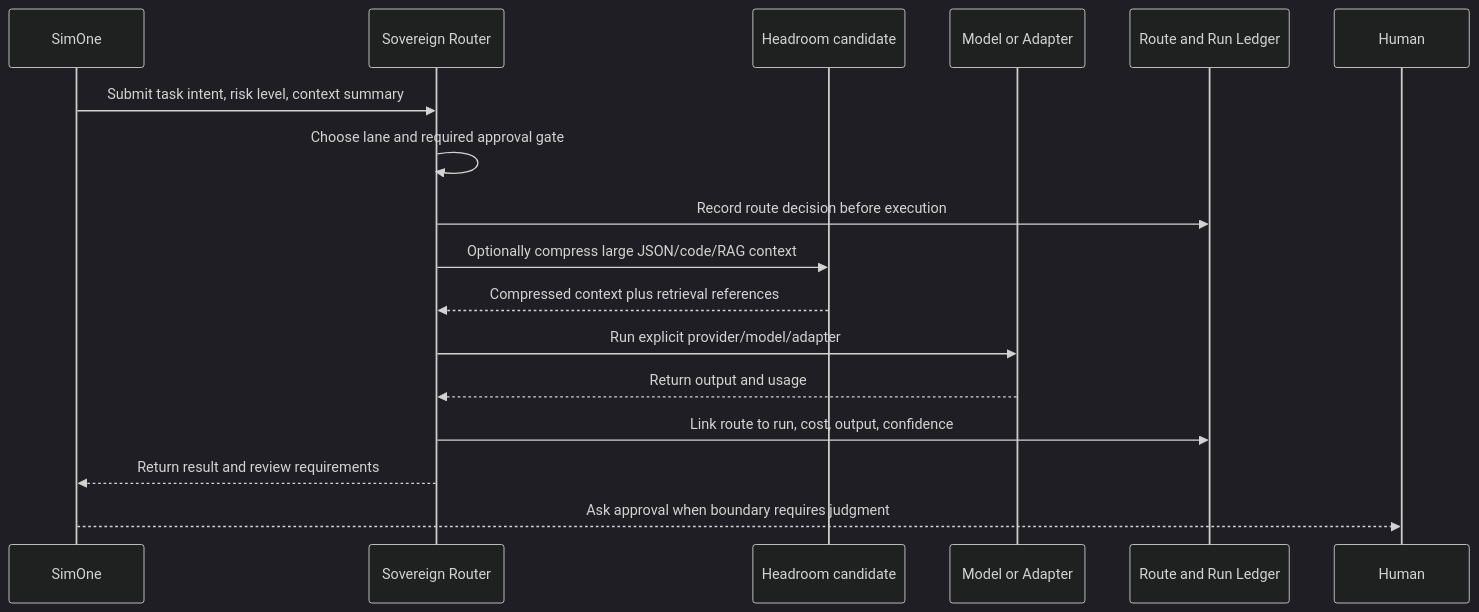
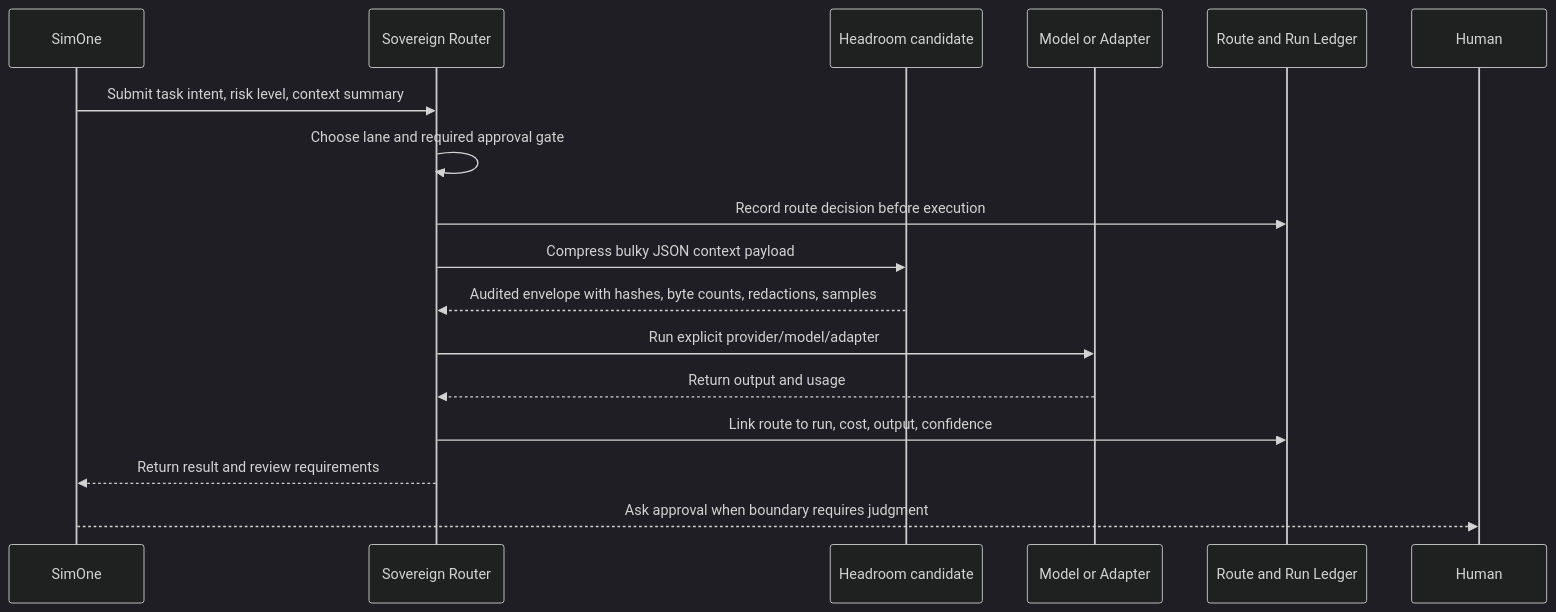
One commit to Sistemist/SimOne-Workbench changed the fifth of 8 diagrams in doc/product/simone-agent-flows.md. Above: the diagram before and after it, drawn with Mermaid (dark theme). The commit also changed other lines of this file and 8 other files, not shown here.

Commit message:
Add auditable JSON context compression

````diff
--- a/doc/product/simone-agent-flows.md
+++ b/doc/product/simone-agent-flows.md
@@ -94,20 +94,20 @@
 ```mermaid
 sequenceDiagram
   participant S as SimOne
   participant R as Sovereign Router
   participant H as Headroom candidate
   participant M as Model or Adapter
   participant L as Route and Run Ledger
   participant U as Human
 
   S->>R: Submit task intent, risk level, context summary
   R->>R: Choose lane and required approval gate
   R->>L: Record route decision before execution
-  R->>H: Optionally compress large JSON/code/RAG context
-  H-->>R: Compressed context plus retrieval references
+  R->>H: Compress bulky JSON context payload
+  H-->>R: Audited envelope with hashes, byte counts, redactions, samples
   R->>M: Run explicit provider/model/adapter
   M-->>R: Return output and usage
   R->>L: Link route to run, cost, output, confidence
   R-->>S: Return result and review requirements
   S-->>U: Ask approval when boundary requires judgment
 ```
````
